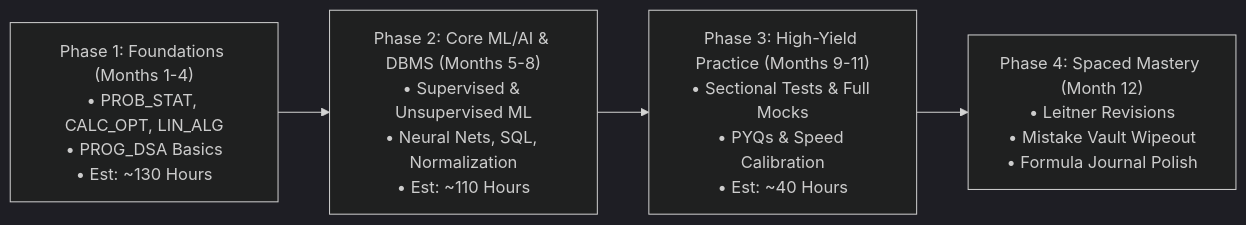
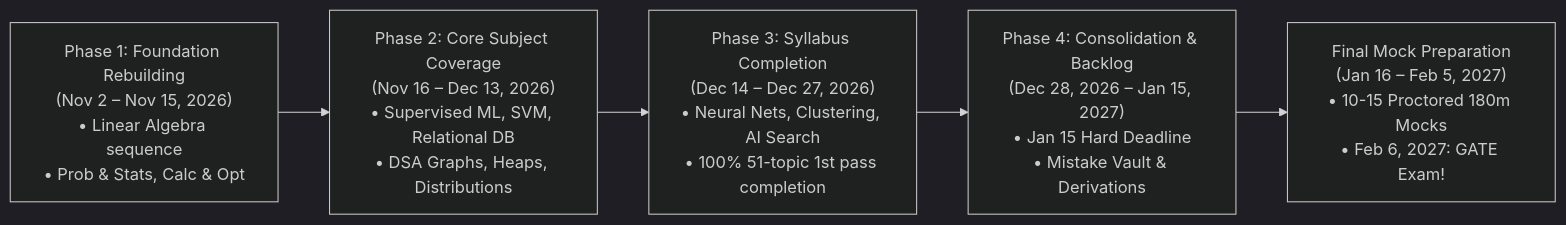
Before and after one commit to Sankeerth28/GATE-Command-Centre: the diagram in SYLLABUS_AND_PLAN.md, drawn with Mermaid (dark theme). The commit also changed other lines of this file and 12 other files, not shown here.

Commit message:
feat: implement personalized 39h weekly schedule, deadline intelligence, and phase-driven planner for GATE DA 2027

````diff
--- a/SYLLABUS_AND_PLAN.md
+++ b/SYLLABUS_AND_PLAN.md
@@ -400,6 +403,7 @@
 ```mermaid
 flowchart LR
-    P1["Phase 1: Foundations (Months 1-4)<br>• PROB_STAT, CALC_OPT, LIN_ALG<br>• PROG_DSA Basics<br>• Est: ~130 Hours"] --> P2["Phase 2: Core ML/AI & DBMS (Months 5-8)<br>• Supervised & Unsupervised ML<br>• Neural Nets, SQL, Normalization<br>• Est: ~110 Hours"]
-    P2 --> P3["Phase 3: High-Yield Practice (Months 9-11)<br>• Sectional Tests & Full Mocks<br>• PYQs & Speed Calibration<br>• Est: ~40 Hours"]
-    P3 --> P4["Phase 4: Spaced Mastery (Month 12)<br>• Leitner Revisions<br>• Mistake Vault Wipeout<br>• Formula Journal Polish"]
+    P1["Phase 1: Foundation Rebuilding<br>(Nov 2 – Nov 15, 2026)<br>• Linear Algebra sequence<br>• Prob & Stats, Calc & Opt"] --> P2["Phase 2: Core Subject Coverage<br>(Nov 16 – Dec 13, 2026)<br>• Supervised ML, SVM, Relational DB<br>• DSA Graphs, Heaps, Distributions"]
+    P2 --> P3["Phase 3: Syllabus Completion<br>(Dec 14 – Dec 27, 2026)<br>• Neural Nets, Clustering, AI Search<br>• 100% 51-topic 1st pass completion"]
+    P3 --> P4["Phase 4: Consolidation & Backlog<br>(Dec 28, 2026 – Jan 15, 2027)<br>• Jan 15 Hard Deadline<br>• Mistake Vault & Derivations"]
+    P4 --> P5["Final Mock Preparation<br>(Jan 16 – Feb 5, 2027)<br>• 10-15 Proctored 180m Mocks<br>• Feb 6, 2027: GATE Exam!"]
 ```
````
